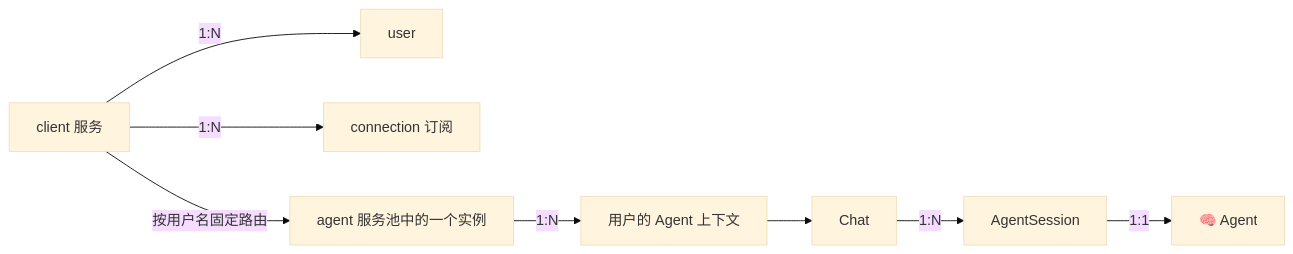
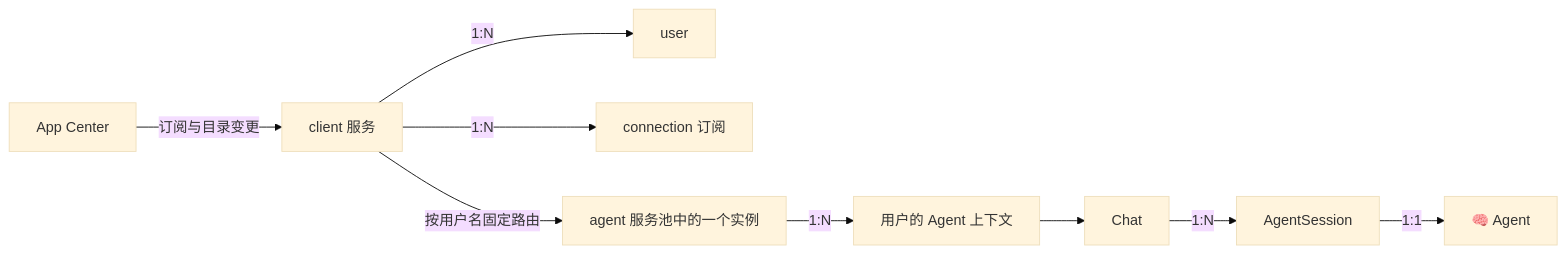
One commit to dingdalong/skynet_agent changed the first of 2 diagrams in docs/architecture/AGENT_GATEWAY.md. Above: the diagram before and after it, drawn with Mermaid (base theme). The commit also changed other lines of this file and 64 other files, not shown here.

````diff
--- a/docs/architecture/AGENT_GATEWAY.md
+++ b/docs/architecture/AGENT_GATEWAY.md
@@ -28,10 +28,11 @@
 ```mermaid
 flowchart LR
-    C["client 服务"] -->|"1:N"| U["user"]
+    Registry["App Center"] -->|"订阅与目录变更"| C["client 服务"]
+    C -->|"1:N"| U["user"]
     C -->|"1:N"| N["connection 订阅"]
     C -->|"按用户名固定路由"| P["agent 服务池中的一个实例"]
     P -->|"1:N"| B["用户的 Agent 上下文"]
     B --> H["Chat"]
     H -->|"1:N"| S["AgentSession"]
     S -->|"1:1"| A["🧠 Agent"]
 ```
````
